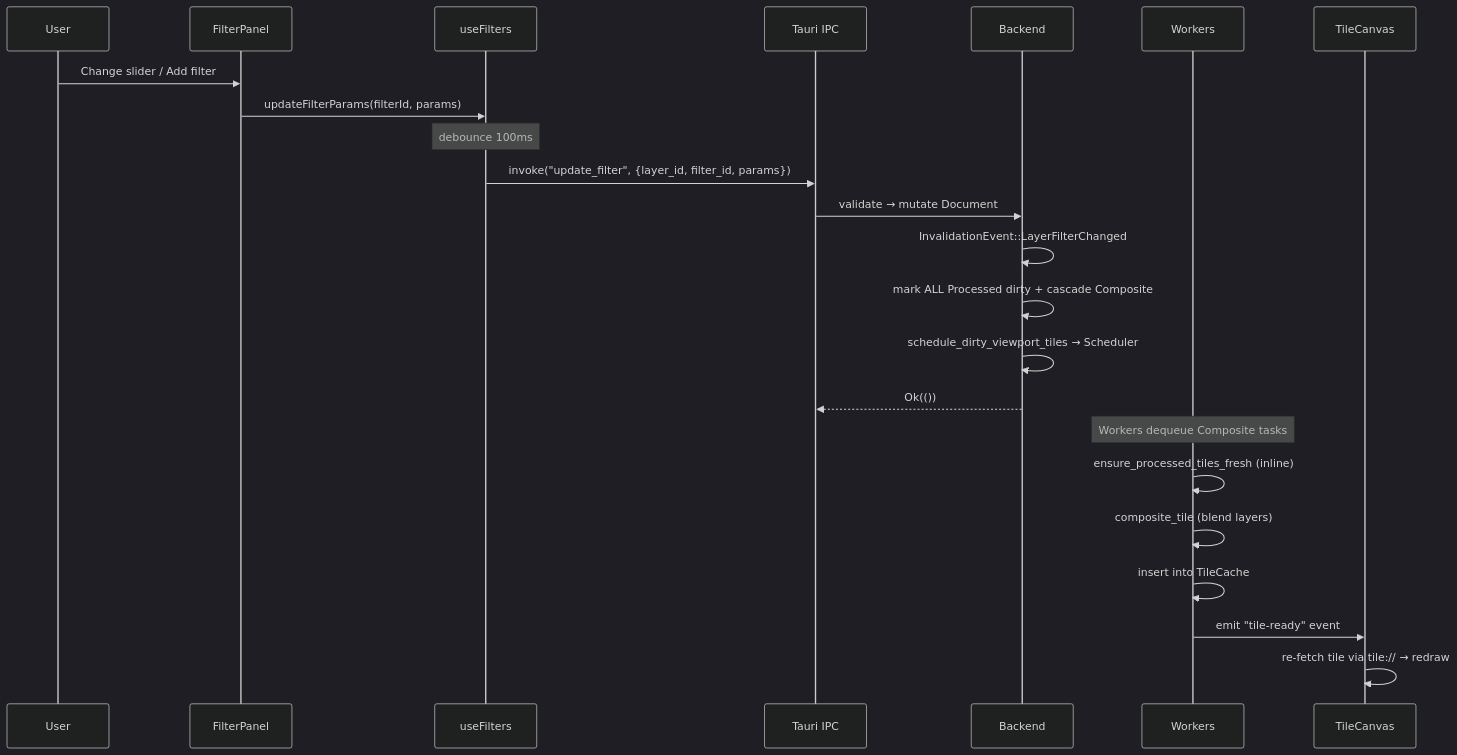
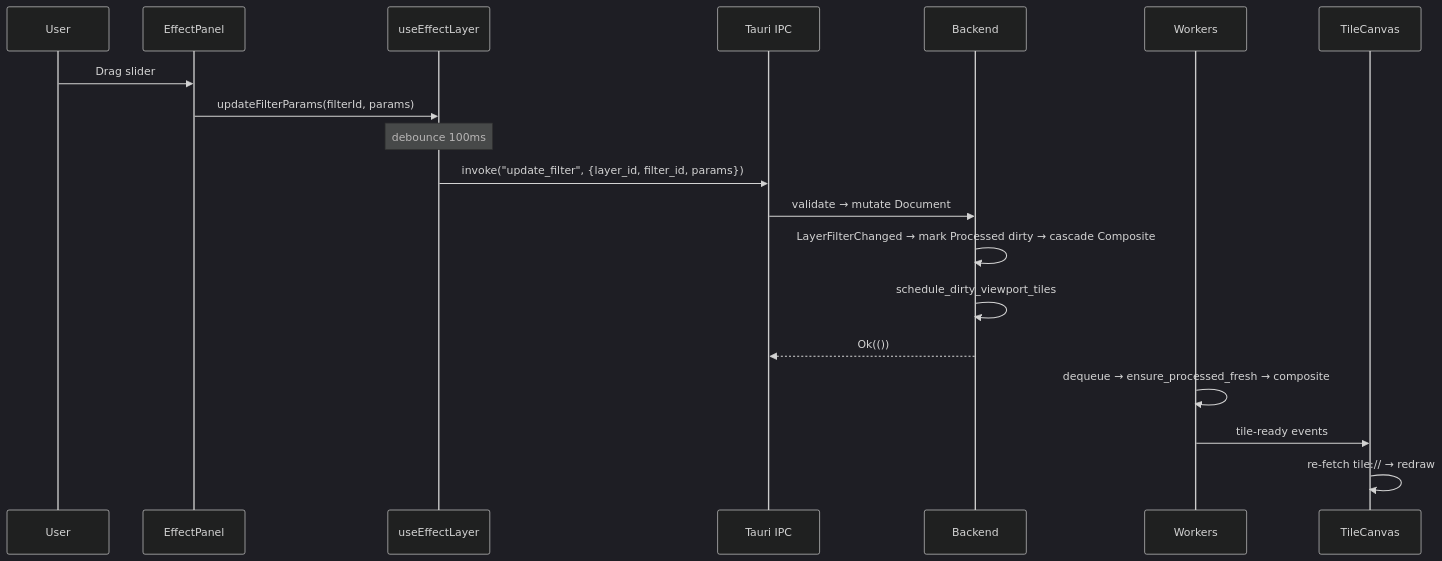
One commit to edrdavid1/dith-yuki changed the seventh of 9 diagrams in ARCHITECTURE.md. Above: the diagram before and after it, drawn with Mermaid (dark theme). The commit also changed other lines of this file and 317 other files, not shown here.

````diff
--- a/ARCHITECTURE.md
+++ b/ARCHITECTURE.md
@@ -1182,28 +1360,22 @@
 ```mermaid
 sequenceDiagram
     participant User
-    participant FilterPanel
-    participant useFilters
+    participant EffectPanel
+    participant useEffectLayer
     participant IPC as Tauri IPC
     participant Backend
     participant Workers
     participant TileCanvas
 
-    User->>FilterPanel: Change slider / Add filter
-    FilterPanel->>useFilters: updateFilterParams(filterId, params)
-    Note over useFilters: debounce 100ms
-    useFilters->>IPC: invoke("update_filter", {layer_id, filter_id, params})
+    User->>EffectPanel: Drag slider
+    EffectPanel->>useEffectLayer: updateFilterParams(filterId, params)
+    Note over useEffectLayer: debounce 100ms
+    useEffectLayer->>IPC: invoke("update_filter", {layer_id, filter_id, params})
     IPC->>Backend: validate → mutate Document
-    Backend->>Backend: InvalidationEvent::LayerFilterChanged
-    Backend->>Backend: mark ALL Processed dirty + cascade Composite
-    Backend->>Backend: schedule_dirty_viewport_tiles → Scheduler
+    Backend->>Backend: LayerFilterChanged → mark Processed dirty → cascade Composite
+    Backend->>Backend: schedule_dirty_viewport_tiles
     Backend-->>IPC: Ok(())
-
-    Note over Workers: Workers dequeue Composite tasks
-    Workers->>Workers: ensure_processed_tiles_fresh (inline)
-    Workers->>Workers: composite_tile (blend layers)
-    Workers->>Workers: insert into TileCache
-    Workers->>TileCanvas: emit "tile-ready" event
-
-    TileCanvas->>TileCanvas: re-fetch tile via tile:// → redraw
+    Workers->>Workers: dequeue → ensure_processed_fresh → composite
+    Workers->>TileCanvas: tile-ready events
+    TileCanvas->>TileCanvas: re-fetch tile:// → redraw
 ```
````
